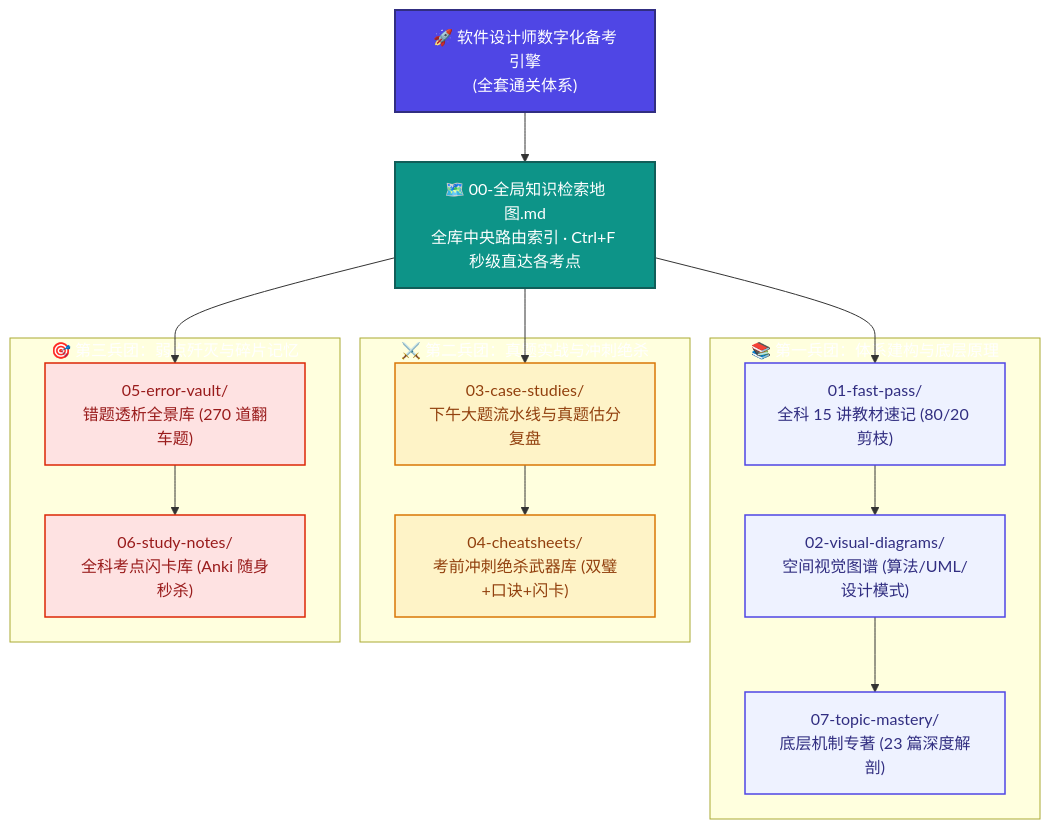
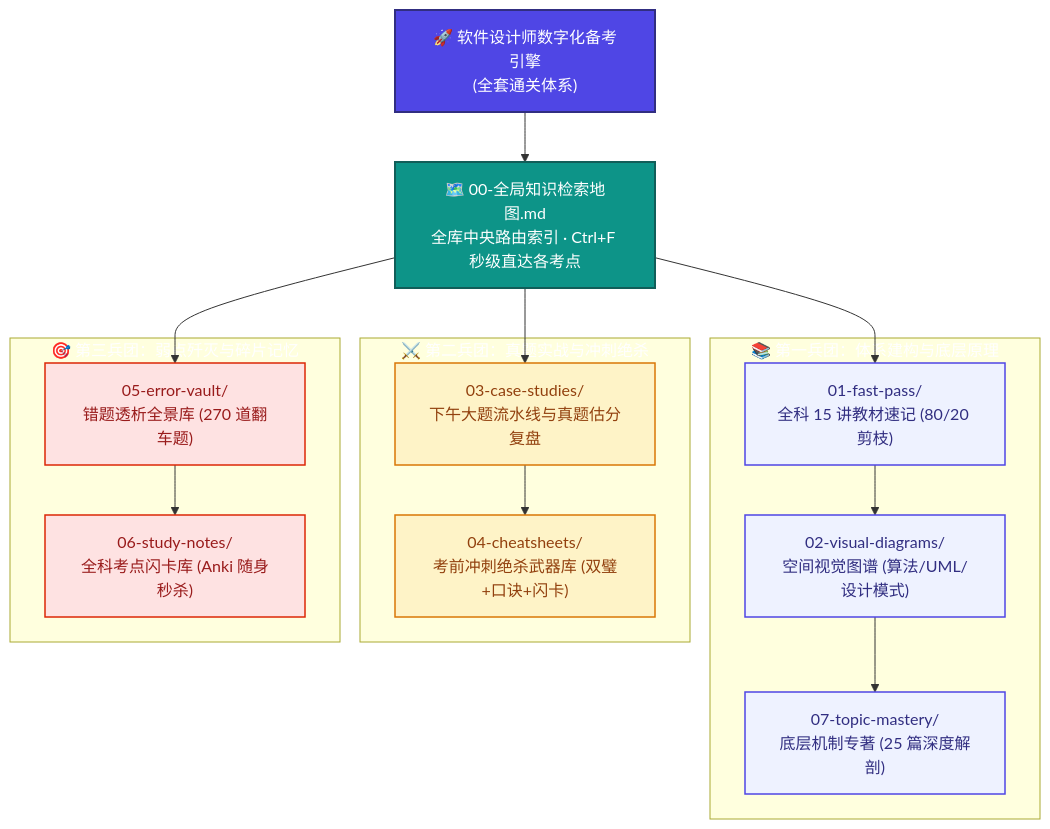
The diagram in README.md (cpsa3/software-designer-fast-pass), drawn with Mermaid before and after one commit. The commit also changed other lines of this file and 2 other files, not shown here.

Commit message:
docs(topic-mastery): 新增专题25《全场景排序算法精髓图解与源码透析：底层透析》(选型三)

````diff
--- a/README.md
+++ b/README.md
@@ -70,36 +70,36 @@
 ```mermaid
 flowchart TD
     classDef root fill:#4F46E5,stroke:#312E81,stroke-width:2px,color:#fff
     classDef hub fill:#0D9488,stroke:#115E59,stroke-width:2px,color:#fff
     classDef base fill:#EEF2FF,stroke:#4F46E5,stroke-width:1.5px,color:#312E81
     classDef exam fill:#FEF3C7,stroke:#D97706,stroke-width:1.5px,color:#92400E
     classDef vault fill:#FEE2E2,stroke:#DC2706,stroke-width:1.5px,color:#991B1B
 
     Root["🚀 软件设计师数字化备考引擎<br>(全套通关体系)"]:::root
     Map["🗺️ 00-全局知识检索地图.md<br>全库中央路由索引 · Ctrl+F 秒级直达各考点"]:::hub
 
     Root --> Map
 
     subgraph G1["📚 第一兵团：体系建构与底层原理"]
         M1["01-fast-pass/<br>全科 15 讲教材速记 (80/20 剪枝)"]:::base
         M2["02-visual-diagrams/<br>空间视觉图谱 (算法/UML/设计模式)"]:::base
-        M7["07-topic-mastery/<br>底层机制专著 (23 篇深度解剖)"]:::base
+        M7["07-topic-mastery/<br>底层机制专著 (25 篇深度解剖)"]:::base
         M1 --> M2 --> M7
     end
 
     subgraph G2["⚔️ 第二兵团：真题实战与冲刺绝杀"]
         M3["03-case-studies/<br>下午大题流水线与真题估分复盘"]:::exam
         M4["04-cheatsheets/<br>考前冲刺绝杀武器库 (双璧+口诀+闪卡)"]:::exam
         M3 --> M4
     end
 
     subgraph G3["🎯 第三兵团：弱点歼灭与碎片记忆"]
         M5["05-error-vault/<br>错题透析全景库 (270 道翻车题)"]:::vault
         M6["06-study-notes/<br>全科考点闪卡库 (Anki 随身秒杀)"]:::vault
         M5 --> M6
     end
 
     Map --> M1
     Map --> M3
     Map --> M5
 ```
````
